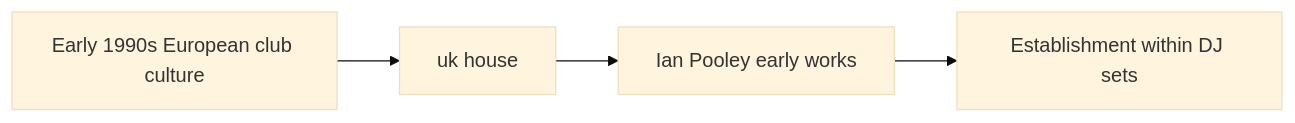
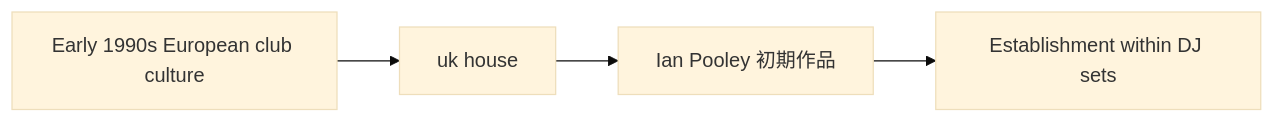
Before and after one commit to monumental-movement/monumental-movement.github.io: the first of 2 diagrams in en/_posts/2026-01-23-column-ian-pooley.md, drawn with Mermaid (base theme). The commit also changed other lines of this file and 1012 other files, not shown here.

```diff
--- a/en/_posts/2026-01-23-column-ian-pooley.md
+++ b/en/_posts/2026-01-23-column-ian-pooley.md
@@ -55,6 +55,6 @@
 <div class="mermaid">
 graph LR
 A[Early 1990s European club culture] --> B[uk house]
-B --> C[Ian Pooley early works]
+B --> C[Ian Pooley 初期作品]
 C --> D[Establishment within DJ sets]
 </div>
```
